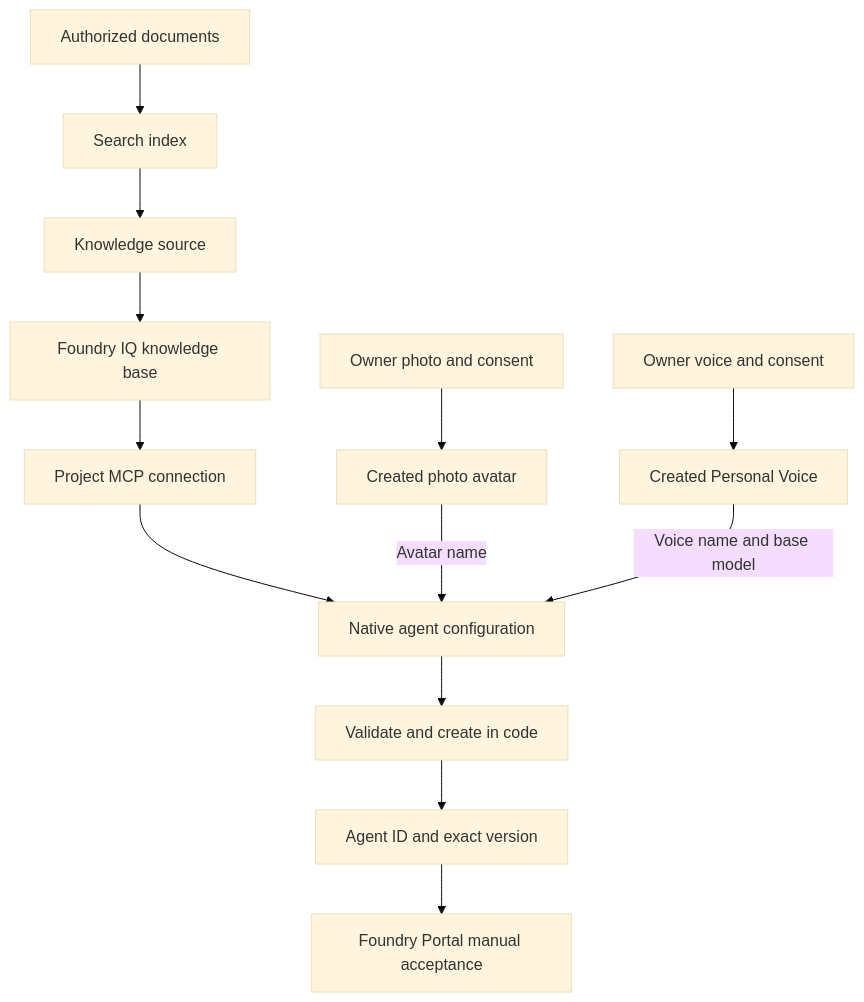
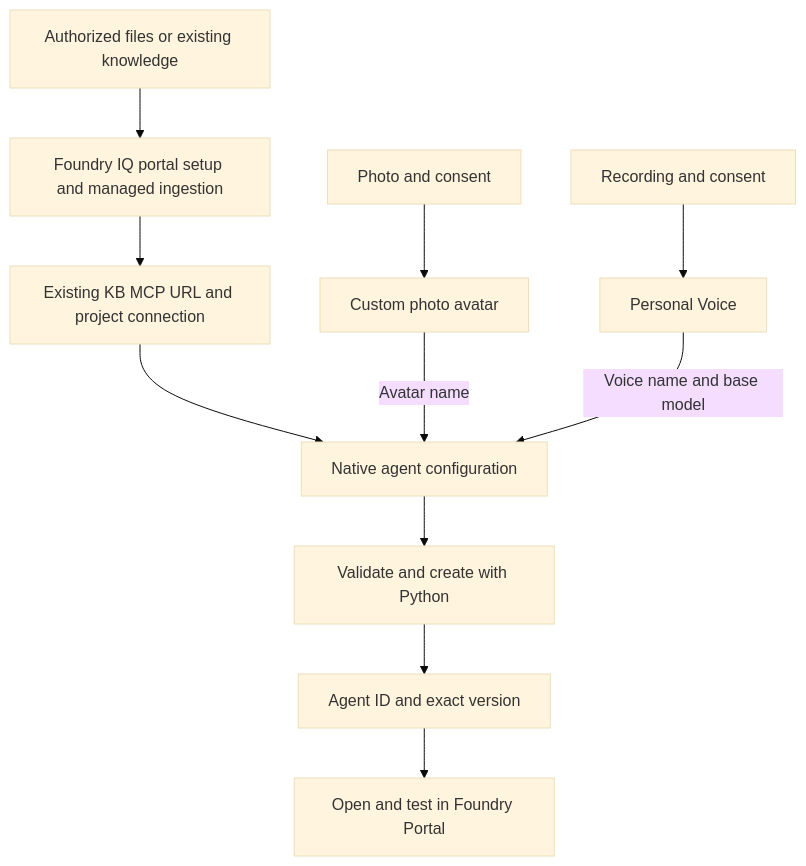
The diagram in VoiceAgent/samples/create-agent-with-iq-avatar-voice/README.md (Azure-Samples/Cognitive-Speech-TTS), drawn with Mermaid (base theme) before and after one commit. The commit also changed other lines of this file and 31 other files, not shown here.

````diff
--- a/VoiceAgent/samples/create-agent-with-iq-avatar-voice/README.md
+++ b/VoiceAgent/samples/create-agent-with-iq-avatar-voice/README.md
@@ -11,15 +9,13 @@
 ```mermaid
 flowchart TD
-    D[Authorized documents] --> I[Search index]
-    I --> S[Knowledge source]
-    S --> K[Foundry IQ knowledge base]
-    K --> C[Project MCP connection]
+    D[Authorized files or existing knowledge] --> K[Foundry IQ portal setup and managed ingestion]
+    K --> C[Existing KB MCP URL and project connection]
+    P[Photo and consent] --> PA[Custom photo avatar]
+    V[Recording and consent] --> PV[Personal Voice]
     C --> A[Native agent configuration]
-    P[Owner photo and consent] --> PA[Created photo avatar]
-    V[Owner voice and consent] --> PV[Created Personal Voice]
     PA -->|Avatar name| A
     PV -->|Voice name and base model| A
-    A --> CLI[Validate and create in code]
+    A --> CLI[Validate and create with Python]
     CLI --> ID[Agent ID and exact version]
-    ID --> PORTAL[Foundry Portal manual acceptance]
+    ID --> PORTAL[Open and test in Foundry Portal]
 ```
````
